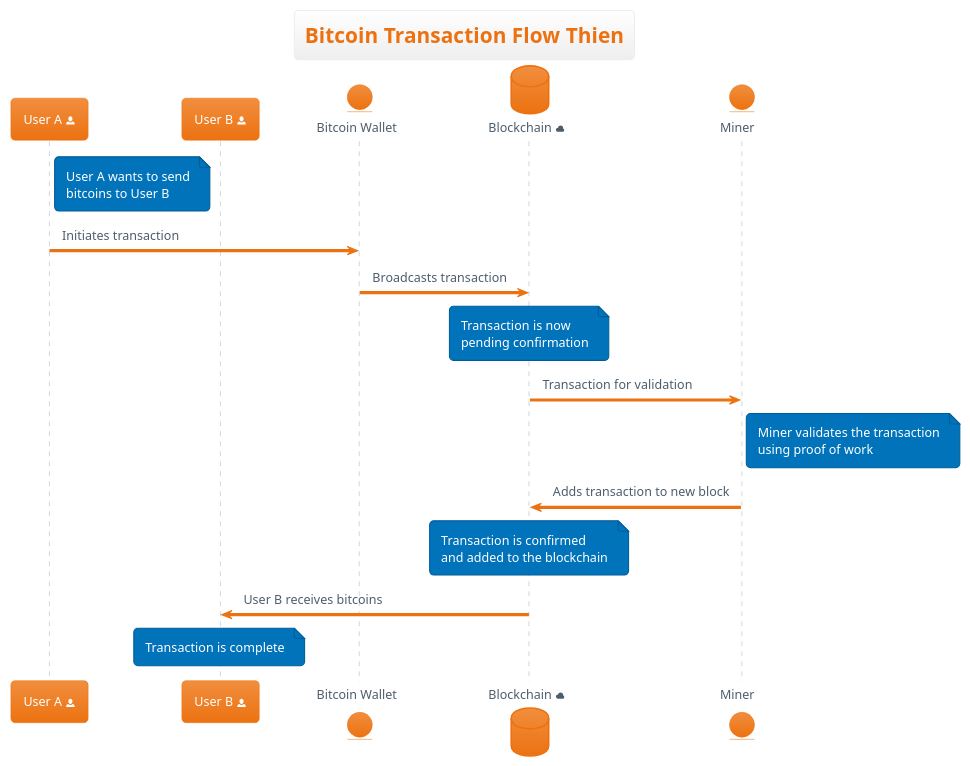
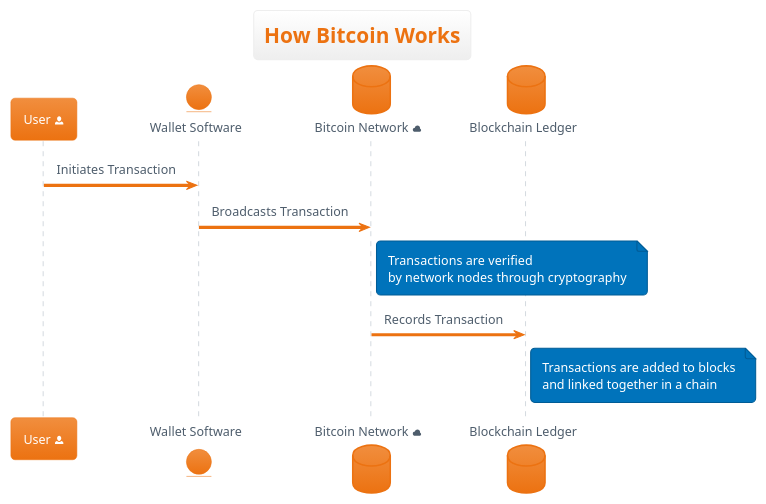
Before and after one commit to GrandPurpleOcelot/prompt_to_diagram: the diagram in diagrams/output.puml, drawn with PlantUML. The commit also changed 1 other file, not shown here.

```diff
--- a/diagrams/output.puml
+++ b/diagrams/output.puml
@@ -1,27 +1,17 @@
 @startuml
 !theme aws-orange
 
-title Bitcoin Transaction Flow Thien
+title How Bitcoin Works
 
-participant "User A <&person>" as UserA
-participant "User B <&person>" as UserB
-entity "Bitcoin Wallet" as Wallet
-database "Blockchain <&cloud>" as Blockchain
-entity "Miner <&gear>" as Miner
+participant "User <&person>" as User
+entity "Wallet Software" as Wallet
+database "Bitcoin Network <&cloud>" as Network
+database "Blockchain Ledger" as Ledger
 
-note right of UserA: User A wants to send\nbitcoins to User B
+User -> Wallet : Initiates Transaction
+Wallet -> Network : Broadcasts Transaction
+note right of Network : Transactions are verified\nby network nodes through cryptography
+Network -> Ledger : Records Transaction
+note right of Ledger : Transactions are added to blocks\nand linked together in a chain
 
-UserA -> Wallet: Initiates transaction
-Wallet -> Blockchain: Broadcasts transaction
-note over Blockchain: Transaction is now\npending confirmation
-
-Blockchain -> Miner: Transaction for validation
-note right of Miner: Miner validates the transaction\nusing proof of work
-
-Miner -> Blockchain: Adds transaction to new block
-note over Blockchain: Transaction is confirmed\nand added to the blockchain
-
-Blockchain -> UserB: User B receives bitcoins
-
-note over UserB: Transaction is complete
 @enduml
```
